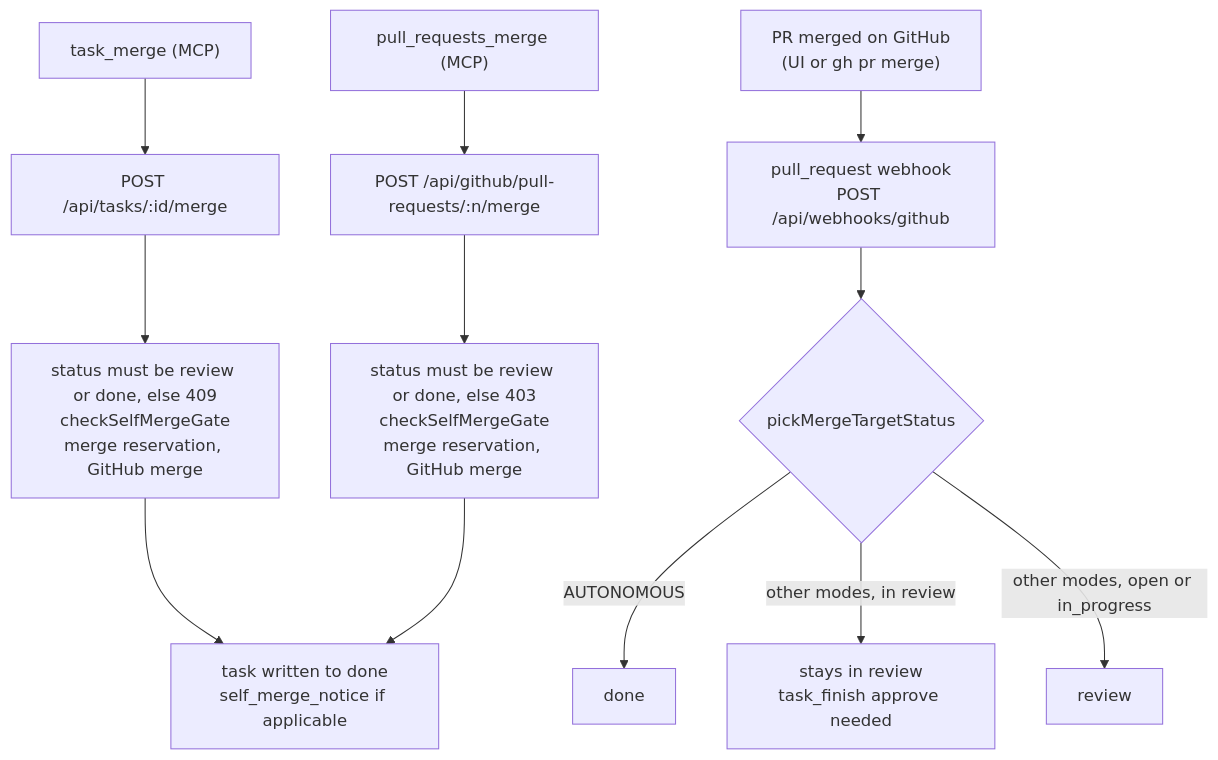
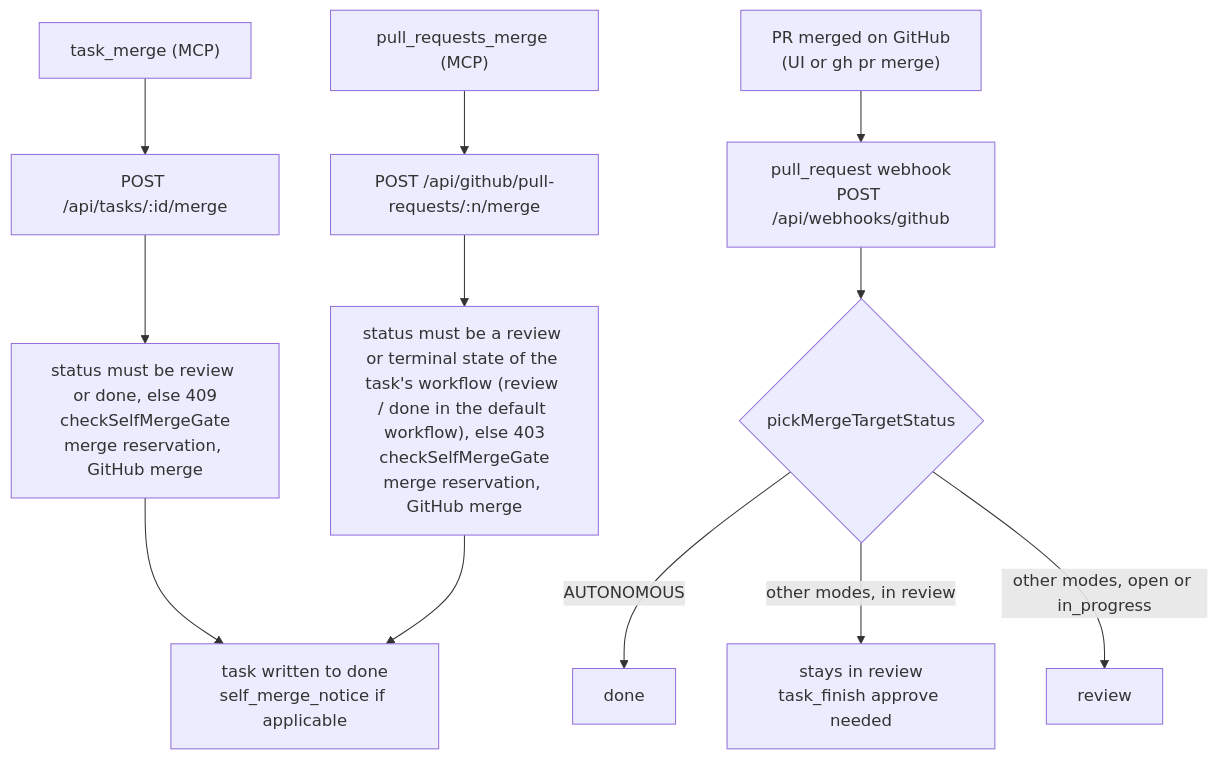
The diagram in docs/v2-api.md (LanNguyenSi/agent-tasks), drawn with Mermaid before and after one commit. The commit also changed other lines of this file and 7 other files, not shown here.

First line of the commit message:
docs: merge gate describe text names the workflow's review and terminal states; task_merge wording; LIKE-escape tests

````diff
--- a/docs/v2-api.md
+++ b/docs/v2-api.md
@@ -139,14 +139,14 @@
 ```mermaid
 flowchart TD
   TM["task_merge (MCP)"] --> RT["POST /api/tasks/:id/merge"]
   PM["pull_requests_merge (MCP)"] --> RG["POST /api/github/pull-requests/:n/merge"]
   RT --> G1["status must be review or done, else 409<br/>checkSelfMergeGate<br/>merge reservation, GitHub merge"]
-  RG --> G2["status must be review or done, else 403<br/>checkSelfMergeGate<br/>merge reservation, GitHub merge"]
+  RG --> G2["status must be a review or terminal state of the task's workflow (review / done in the default workflow), else 403<br/>checkSelfMergeGate<br/>merge reservation, GitHub merge"]
   G1 --> D1["task written to done<br/>self_merge_notice if applicable"]
   G2 --> D1
   GH["PR merged on GitHub<br/>(UI or gh pr merge)"] --> WH["pull_request webhook<br/>POST /api/webhooks/github"]
   WH --> PK{"pickMergeTargetStatus"}
   PK -- "AUTONOMOUS" --> D2["done"]
   PK -- "other modes, in review" --> S1["stays in review<br/>task_finish approve needed"]
   PK -- "other modes, open or in_progress" --> S2["review"]
 ```
````
